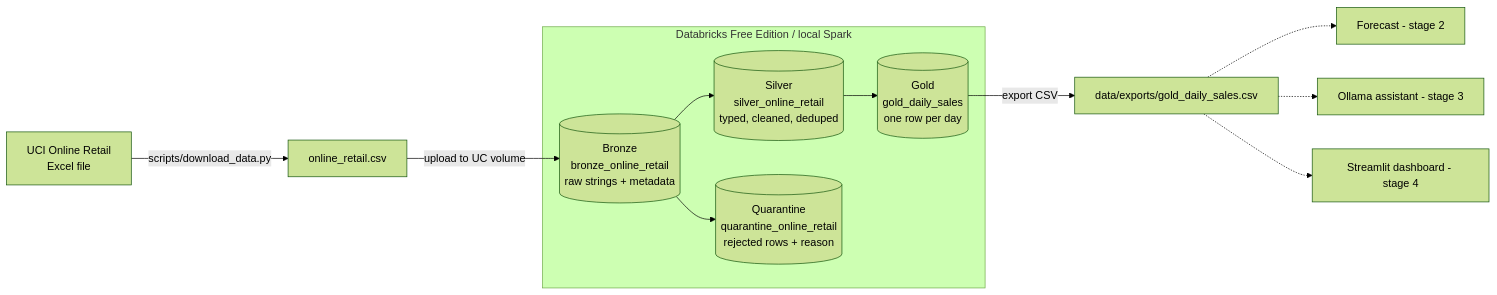
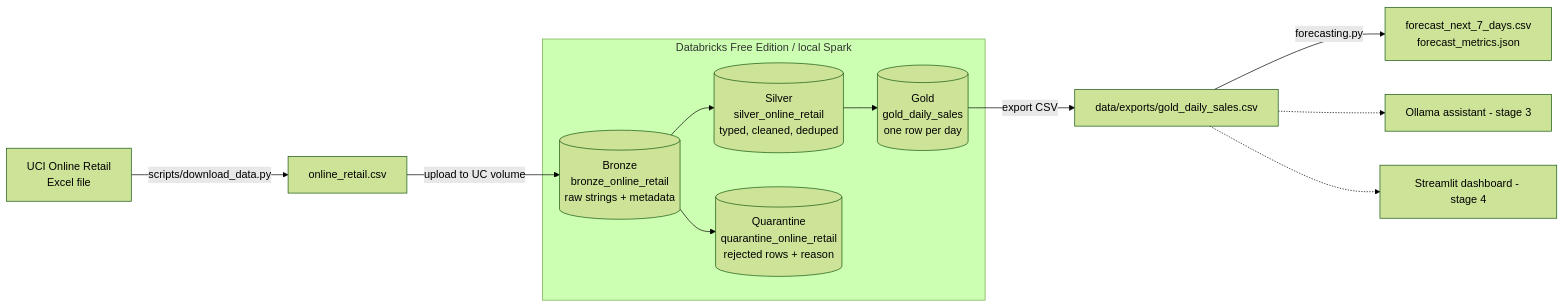
Before and after one commit to vishalreddy9514/ai-retail-analytics: the diagram in README.md, drawn with Mermaid (forest theme). The commit also changed other lines of this file and 10 other files, not shown here.

First line of the commit message:
Stage 2: seven-day revenue forecast with chronological evaluation

````diff
--- a/README.md
+++ b/README.md
@@ -16,14 +16,14 @@
 ```mermaid
 flowchart LR
     UCI[UCI Online Retail<br/>Excel file] -->|scripts/download_data.py| CSV[online_retail.csv]
     CSV -->|upload to UC volume| B
     subgraph Databricks Free Edition / local Spark
         B[(Bronze<br/>bronze_online_retail<br/>raw strings + metadata)] --> S[(Silver<br/>silver_online_retail<br/>typed, cleaned, deduped)]
         B --> Q[(Quarantine<br/>quarantine_online_retail<br/>rejected rows + reason)]
         S --> G[(Gold<br/>gold_daily_sales<br/>one row per day)]
     end
     G -->|export CSV| E[data/exports/gold_daily_sales.csv]
-    E -.-> F[Forecast - stage 2]
+    E -->|forecasting.py| F[forecast_next_7_days.csv<br/>forecast_metrics.json]
     E -.-> L[Ollama assistant - stage 3]
     E -.-> D[Streamlit dashboard - stage 4]
 ```
````
